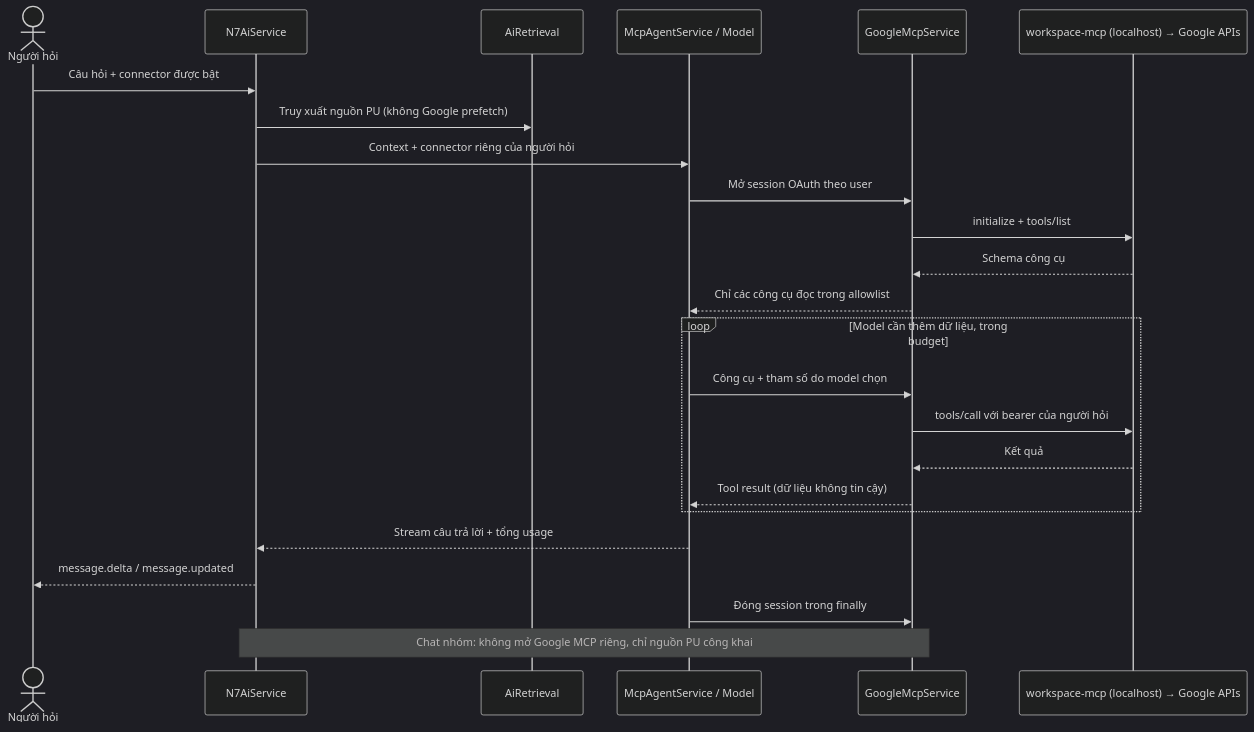
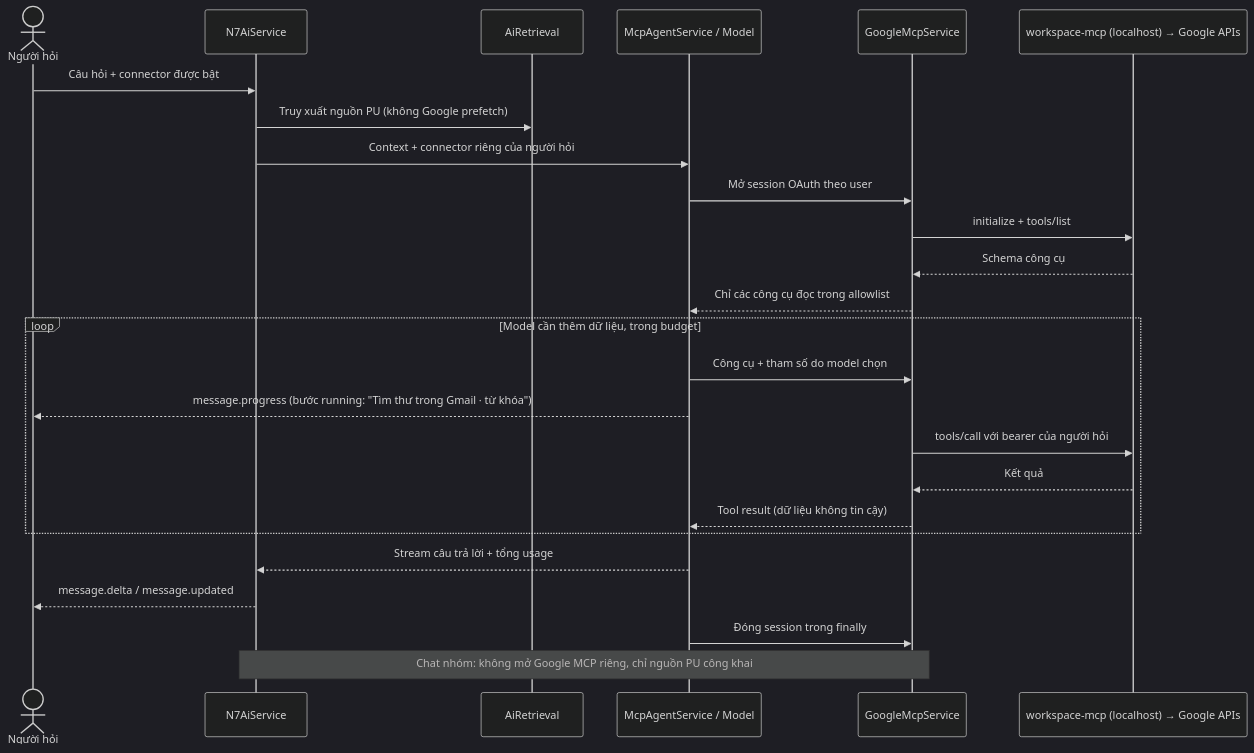
Before and after one commit to nhatcoi/pu-connect: diagram 11 of 11 in docs/diagrams/05-flows.md, drawn with Mermaid (dark theme). The commit also changed other lines of this file and 14 other files, not shown here.

First line of the commit message:
feat(n7ai): live tool progress and Gmail logo

````diff
--- a/docs/diagrams/05-flows.md
+++ b/docs/diagrams/05-flows.md
@@ -312,26 +312,27 @@
 ```mermaid
 sequenceDiagram
   actor U as Người hỏi
   participant A as N7AiService
   participant R as AiRetrieval
   participant L as McpAgentService / Model
   participant C as GoogleMcpService
   participant G as workspace-mcp (localhost) → Google APIs
   U->>A: Câu hỏi + connector được bật
   A->>R: Truy xuất nguồn PU (không Google prefetch)
   A->>L: Context + connector riêng của người hỏi
   L->>C: Mở session OAuth theo user
   C->>G: initialize + tools/list
   G-->>C: Schema công cụ
   C-->>L: Chỉ các công cụ đọc trong allowlist
   loop Model cần thêm dữ liệu, trong budget
     L->>C: Công cụ + tham số do model chọn
+    L-->>U: message.progress (bước running: "Tìm thư trong Gmail · từ khóa")
     C->>G: tools/call với bearer của người hỏi
     G-->>C: Kết quả
     C-->>L: Tool result (dữ liệu không tin cậy)
   end
   L-->>A: Stream câu trả lời + tổng usage
   A-->>U: message.delta / message.updated
   L->>C: Đóng session trong finally
   Note over A,C: Chat nhóm: không mở Google MCP riêng, chỉ nguồn PU công khai
 ```
````
